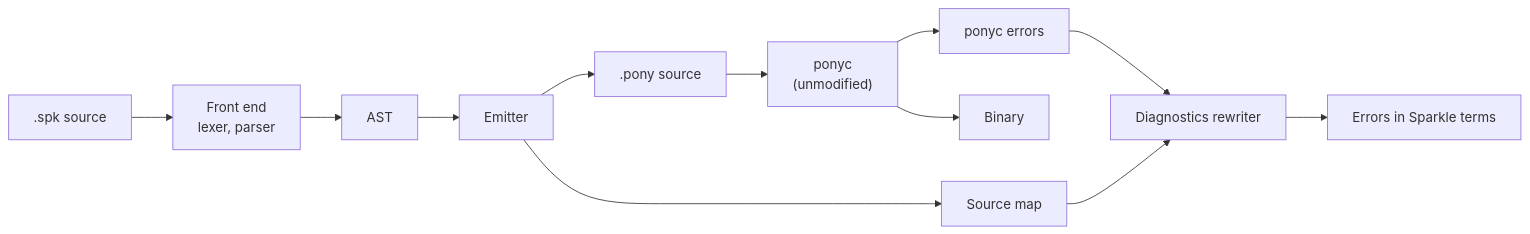
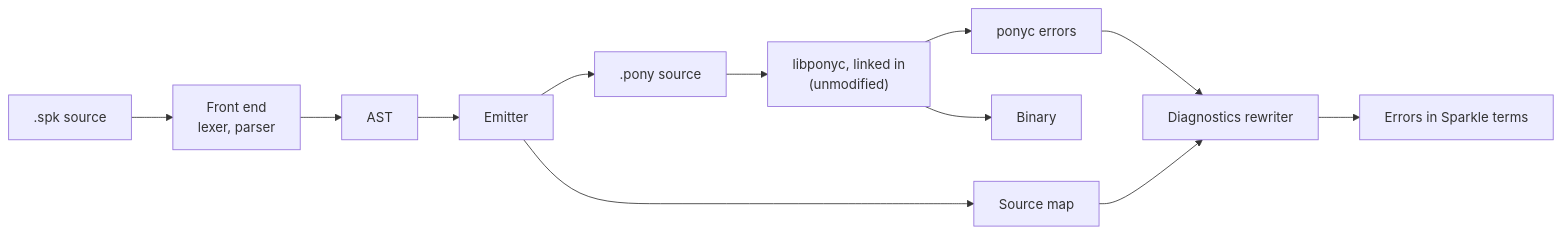
Before and after one commit to nogginly/sparkle: the first of 5 diagrams in DESIGN.md, drawn with Mermaid. The commit also changed other lines of this file and 10 other files, not shown here.

First line of the commit message:
Compile in-process with the linked-in Pony compiler

````diff
--- a/DESIGN.md
+++ b/DESIGN.md
@@ -9,14 +9,14 @@
 ```mermaid
 flowchart LR
     SPK[".spk source"] --> FRONT["Front end<br/>lexer, parser"]
     FRONT --> AST["AST"]
     AST --> EMIT["Emitter"]
     EMIT --> PONY[".pony source"]
     EMIT --> MAP["Source map"]
-    PONY --> PONYC["ponyc<br/>(unmodified)"]
+    PONY --> PONYC["libponyc, linked in<br/>(unmodified)"]
     PONYC --> BIN["Binary"]
     PONYC --> ERR["ponyc errors"]
     ERR --> DIAG["Diagnostics rewriter"]
     MAP --> DIAG
     DIAG --> OUT["Errors in Sparkle terms"]
 ```
````
